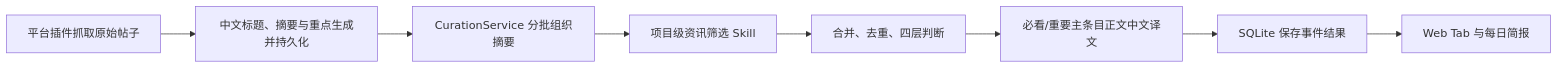
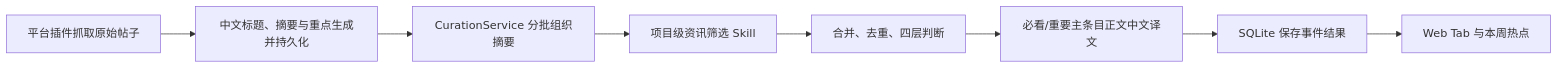
Before and after one commit to angelOnly/NewsRssHub: the first of 6 diagrams in docs/PRODUCT_REQUIREMENTS_AND_ARCHITECTURE.md, drawn with Mermaid. The commit also changed other lines of this file and 21 other files, not shown here.

````diff
--- a/docs/PRODUCT_REQUIREMENTS_AND_ARCHITECTURE.md
+++ b/docs/PRODUCT_REQUIREMENTS_AND_ARCHITECTURE.md
@@ -55,10 +55,10 @@
 ```mermaid
 flowchart LR
     A["平台插件抓取原始帖子"] --> B["中文标题、摘要与重点生成并持久化"]
     B --> C["CurationService 分批组织摘要"]
     C --> D["项目级资讯筛选 Skill"]
     D --> E["合并、去重、四层判断"]
     E --> T["必看/重要主条目正文中文译文"]
     T --> F["SQLite 保存事件结果"]
-    F --> G["Web Tab 与每日简报"]
+    F --> G["Web Tab 与本周热点"]
 ```
````
